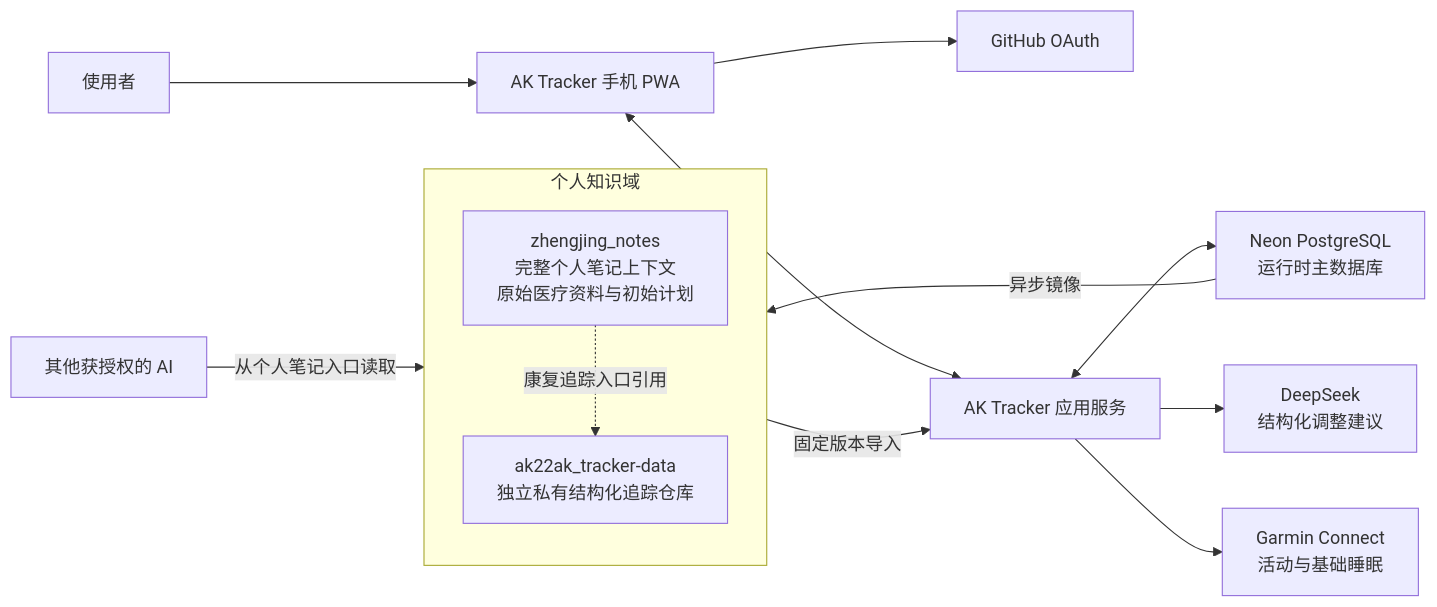
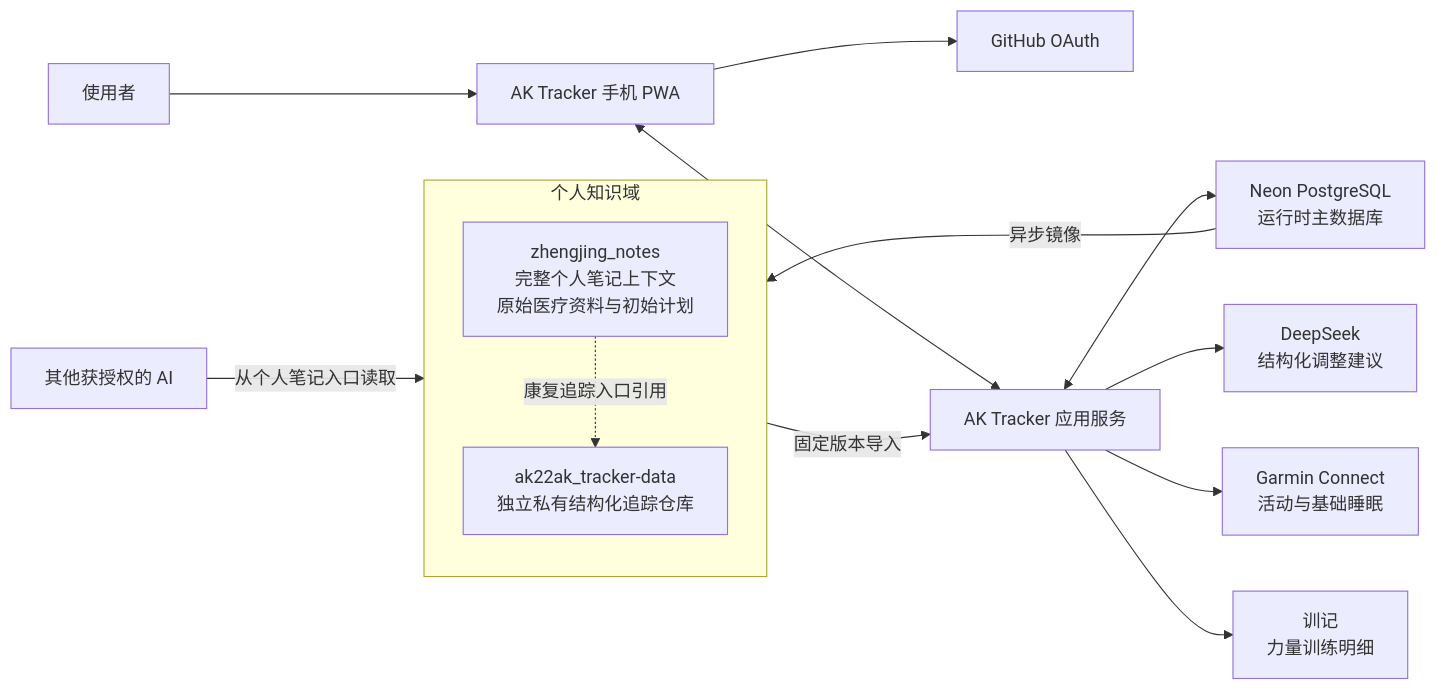
The first of 3 diagrams in docs/architecture/overview.md (AK22AK/ak22ak_tracker), drawn with Mermaid before and after one commit. The commit also changed other lines of this file and 14 other files, not shown here.

````diff
--- a/docs/architecture/overview.md
+++ b/docs/architecture/overview.md
@@ -18,21 +18,22 @@
 ```mermaid
 flowchart LR
     USER["使用者"] --> PWA["AK Tracker 手机 PWA"]
     PWA --> AUTH["GitHub OAuth"]
     PWA <--> APP["AK Tracker 应用服务"]
 
     APP <--> DB["Neon PostgreSQL<br/>运行时主数据库"]
     APP --> AI["DeepSeek<br/>结构化调整建议"]
     APP --> GARMIN["Garmin Connect<br/>活动与基础睡眠"]
+    APP --> XUNJI["训记<br/>力量训练明细"]
 
     subgraph KNOWLEDGE["个人知识域"]
         direction TB
         NOTES["zhengjing_notes<br/>完整个人笔记上下文<br/>原始医疗资料与初始计划"]
         DATA["ak22ak_tracker-data<br/>独立私有结构化追踪仓库"]
         NOTES -.->|"康复追踪入口引用"| DATA
     end
 
     NOTES -->|"固定版本导入"| APP
     DB -->|"异步镜像"| DATA
     OTHER_AI["其他获授权的 AI"] -->|"从个人笔记入口读取"| NOTES
 ```
````
